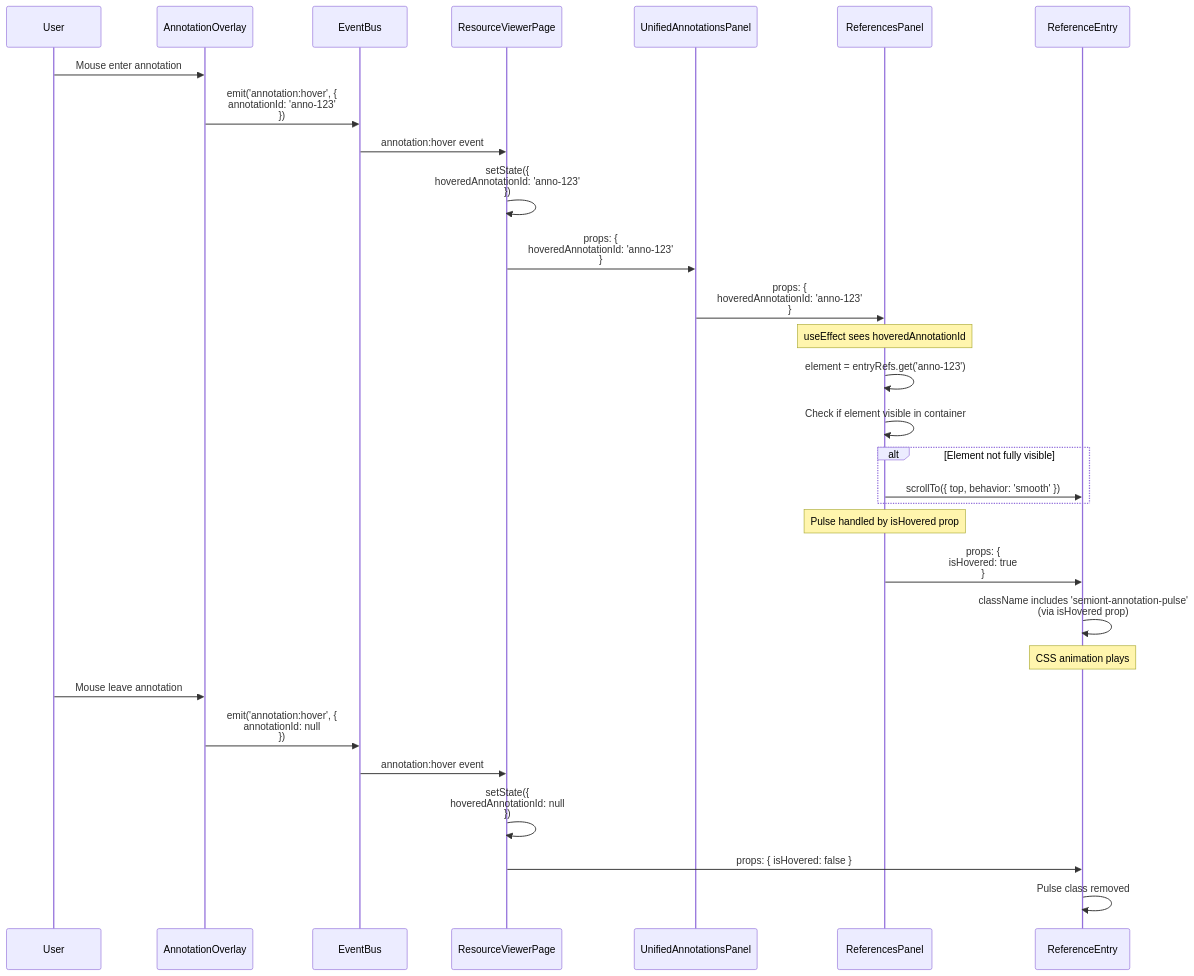
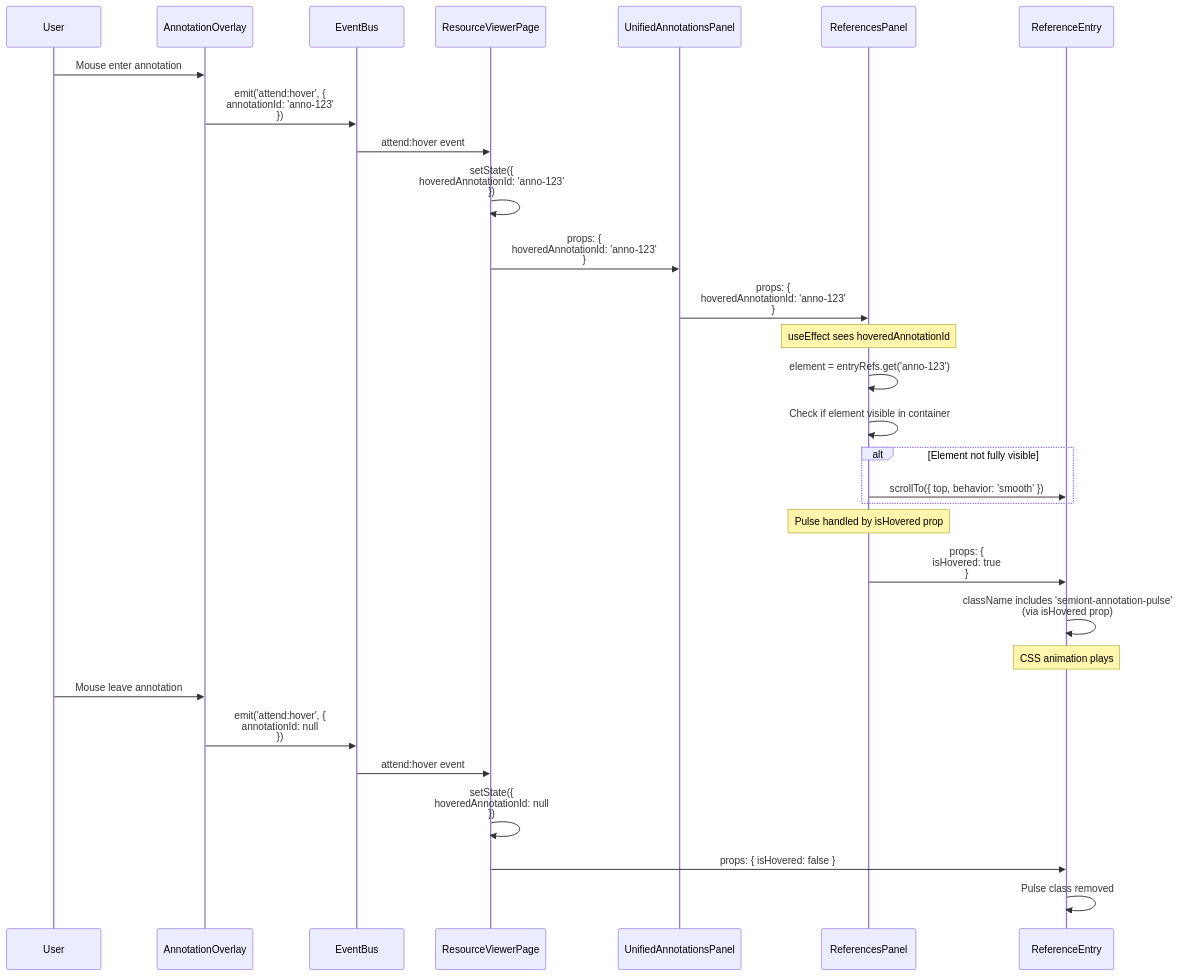
One commit to The-AI-Alliance/semiont changed the second of 3 diagrams in packages/react-ui/docs/ANNOTATION-CLICK.md. Above: the diagram before and after it, drawn with Mermaid. The commit also changed other lines of this file and 290 other files, not shown here.

````diff
--- a/packages/react-ui/docs/ANNOTATION-CLICK.md
+++ b/packages/react-ui/docs/ANNOTATION-CLICK.md
@@ -193,44 +193,44 @@
 ```mermaid
 sequenceDiagram
     participant User
     participant Overlay as AnnotationOverlay
     participant Bus as EventBus
     participant Page as ResourceViewerPage
     participant Panel as UnifiedAnnotationsPanel
     participant Specific as ReferencesPanel
     participant Entry as ReferenceEntry
 
     User->>Overlay: Mouse enter annotation
-    Overlay->>Bus: emit('annotation:hover', {<br/>  annotationId: 'anno-123'<br/>})
-    Bus->>Page: annotation:hover event
+    Overlay->>Bus: emit('attend:hover', {<br/>  annotationId: 'anno-123'<br/>})
+    Bus->>Page: attend:hover event
 
     Page->>Page: setState({<br/>  hoveredAnnotationId: 'anno-123'<br/>})
 
     Page->>Panel: props: {<br/>  hoveredAnnotationId: 'anno-123'<br/>}
     Panel->>Specific: props: {<br/>  hoveredAnnotationId: 'anno-123'<br/>}
 
     Note over Specific: useEffect sees hoveredAnnotationId
 
     Specific->>Specific: element = entryRefs.get('anno-123')
     Specific->>Specific: Check if element visible in container
 
     alt Element not fully visible
         Specific->>Entry: scrollTo({ top, behavior: 'smooth' })
     end
 
     Note over Specific: Pulse handled by isHovered prop
 
     Specific->>Entry: props: {<br/>  isHovered: true<br/>}
     Entry->>Entry: className includes 'semiont-annotation-pulse'<br/>(via isHovered prop)
 
     Note over Entry: CSS animation plays
 
     User->>Overlay: Mouse leave annotation
-    Overlay->>Bus: emit('annotation:hover', {<br/>  annotationId: null<br/>})
-    Bus->>Page: annotation:hover event
+    Overlay->>Bus: emit('attend:hover', {<br/>  annotationId: null<br/>})
+    Bus->>Page: attend:hover event
 
     Page->>Page: setState({<br/>  hoveredAnnotationId: null<br/>})
 
     Page->>Entry: props: { isHovered: false }
     Entry->>Entry: Pulse class removed
 ```
````
